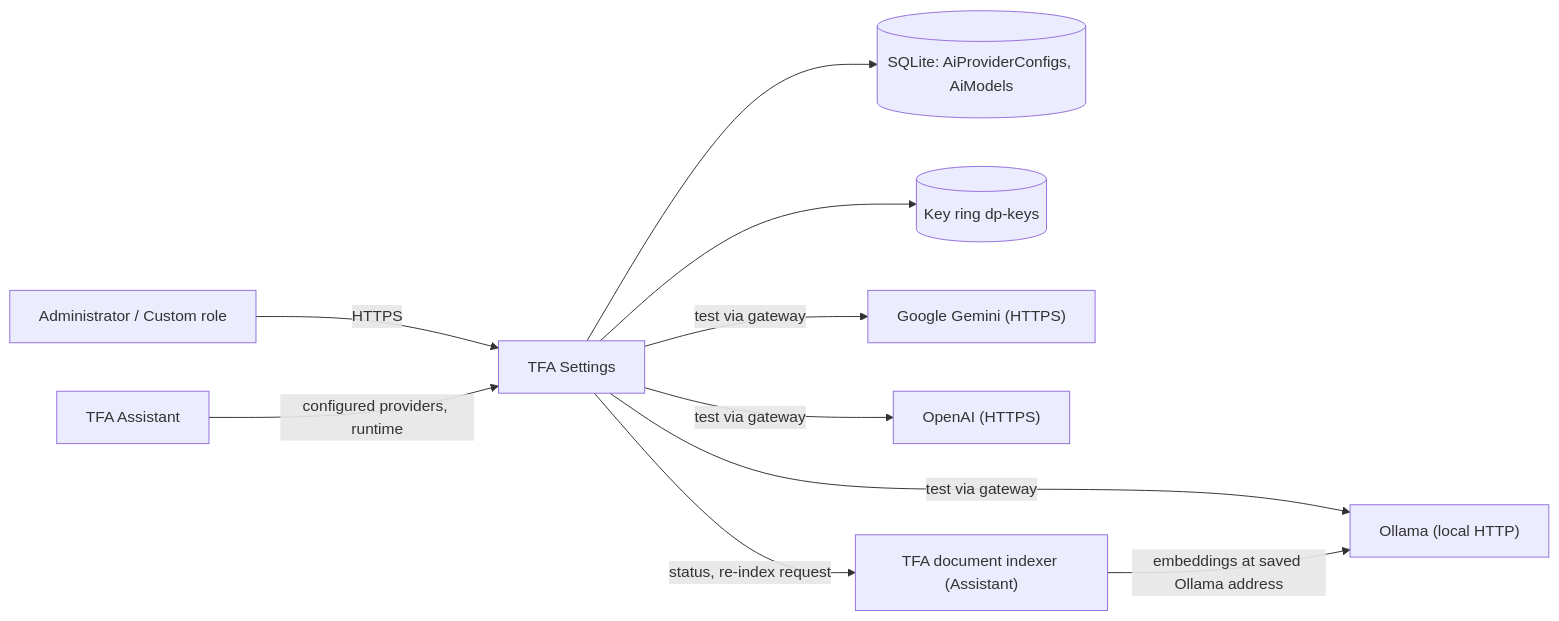
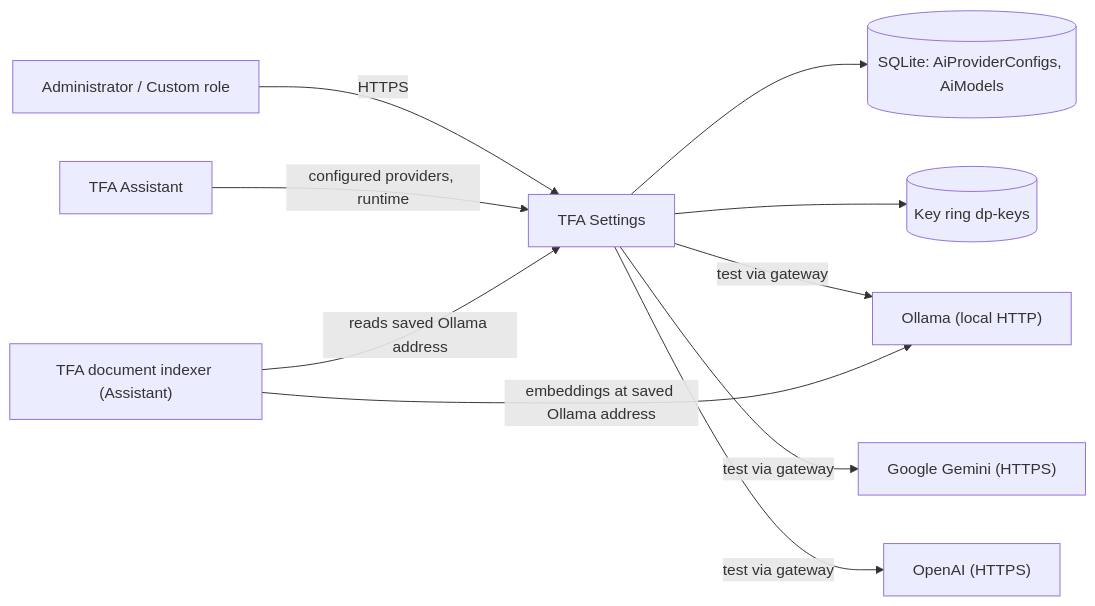
One commit to jojogeorge3344/TaskFlow-Project changed the first of 8 diagrams in TF - Documents/TF - HLD/06-Settings/06.3-TFA-Settings/HLD-TFA-Settings.md. Above: the diagram before and after it, drawn with Mermaid. The commit also changed other lines of this file and 103 other files, not shown here.

````diff
--- a/TF - Documents/TF - HLD/06-Settings/06.3-TFA-Settings/HLD-TFA-Settings.md
+++ b/TF - Documents/TF - HLD/06-Settings/06.3-TFA-Settings/HLD-TFA-Settings.md
@@ -75,12 +86,12 @@
 ```mermaid
 flowchart LR
   ADM["Administrator / Custom role"] -->|"HTTPS"| TFAS["TFA Settings"]
   TFAS --> DB[("SQLite: AiProviderConfigs, AiModels")]
   TFAS --> KR[("Key ring dp-keys")]
   TFAS -->|"test via gateway"| OL["Ollama (local HTTP)"]
   TFAS -->|"test via gateway"| GE["Google Gemini (HTTPS)"]
   TFAS -->|"test via gateway"| OA["OpenAI (HTTPS)"]
   TFA["TFA Assistant"] -->|"configured providers, runtime"| TFAS
-  TFAS -->|"status, re-index request"| IDX["TFA document indexer (Assistant)"]
+  IDX["TFA document indexer (Assistant)"] -->|"reads saved Ollama address"| TFAS
   IDX -->|"embeddings at saved Ollama address"| OL
 ```
````
